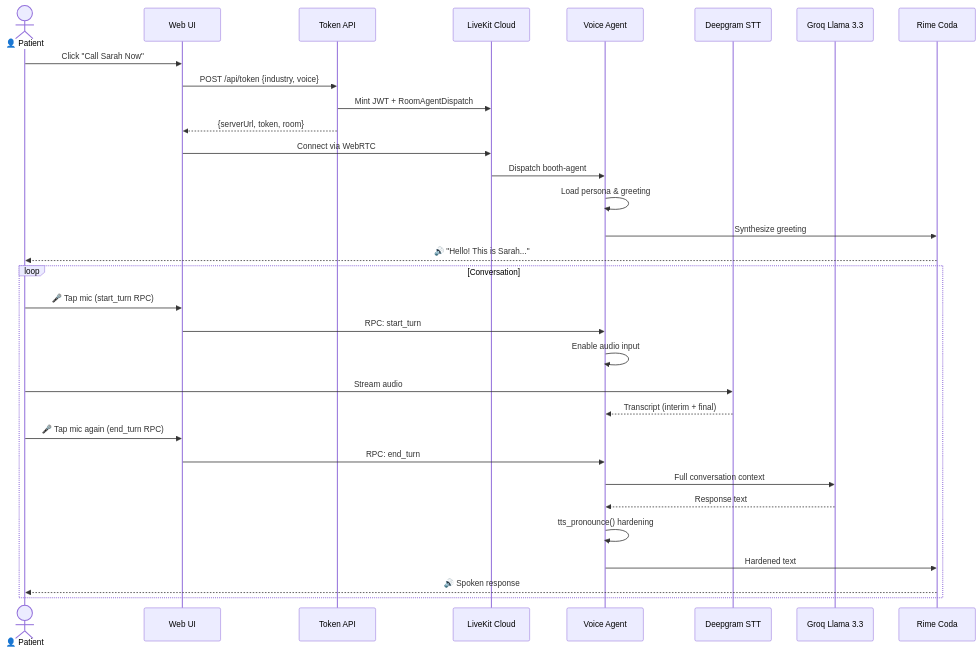
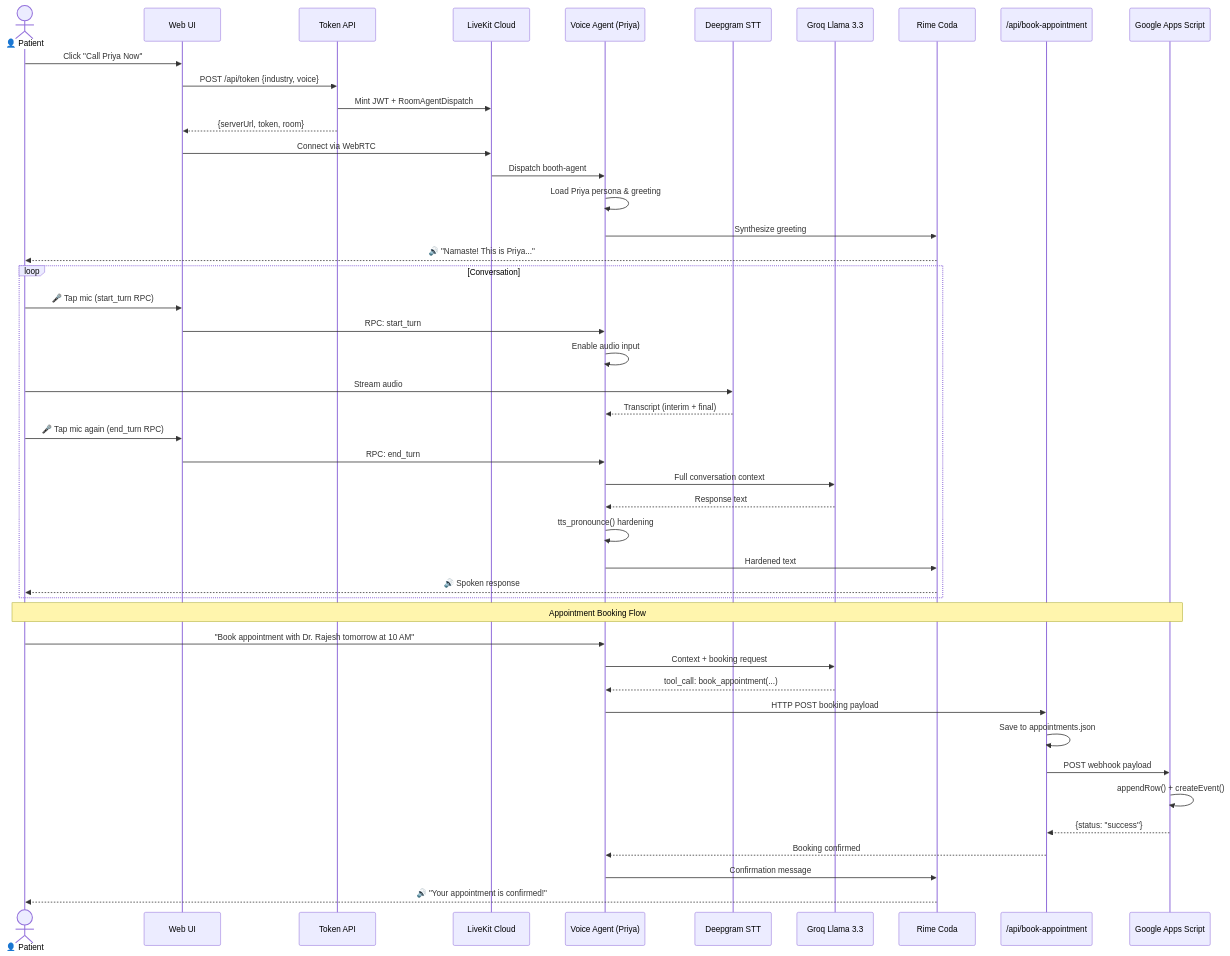
Before and after one commit to MaanasVerma25/Booking-voice: the third of 7 diagrams in README.md, drawn with Mermaid. The commit also changed other lines of this file, not shown here.

Commit message:
docs: complete README rewrite with Priya persona, Google Sheets/Calendar integration diagrams, and 7 Mermaid SVG flowcharts

````diff
--- a/README.md
+++ b/README.md
@@ -108,36 +199,51 @@
 ```mermaid
 sequenceDiagram
     actor Patient as 👤 Patient
     participant UI as Web UI
     participant API as Token API
     participant LK as LiveKit Cloud
-    participant Agent as Voice Agent
+    participant Agent as Voice Agent (Priya)
     participant STT as Deepgram STT
     participant LLM as Groq Llama 3.3
     participant TTS as Rime Coda
+    participant Book as /api/book-appointment
+    participant Google as Google Apps Script
 
-    Patient->>UI: Click "Call Sarah Now"
+    Patient->>UI: Click "Call Priya Now"
     UI->>API: POST /api/token {industry, voice}
     API->>LK: Mint JWT + RoomAgentDispatch
     API-->>UI: {serverUrl, token, room}
     UI->>LK: Connect via WebRTC
     LK->>Agent: Dispatch booth-agent
-    Agent->>Agent: Load persona & greeting
+    Agent->>Agent: Load Priya persona & greeting
     Agent->>TTS: Synthesize greeting
-    TTS-->>Patient: 🔊 "Hello! This is Sarah..."
+    TTS-->>Patient: 🔊 "Namaste! This is Priya..."
 
     loop Conversation
         Patient->>UI: 🎤 Tap mic (start_turn RPC)
         UI->>Agent: RPC: start_turn
         Agent->>Agent: Enable audio input
         Patient->>STT: Stream audio
         STT-->>Agent: Transcript (interim + final)
         Patient->>UI: 🎤 Tap mic again (end_turn RPC)
         UI->>Agent: RPC: end_turn
         Agent->>LLM: Full conversation context
         LLM-->>Agent: Response text
         Agent->>Agent: tts_pronounce() hardening
         Agent->>TTS: Hardened text
         TTS-->>Patient: 🔊 Spoken response
     end
+
+    Note over Patient, Google: Appointment Booking Flow
+    Patient->>Agent: "Book appointment with Dr. Rajesh tomorrow at 10 AM"
+    Agent->>LLM: Context + booking request
+    LLM-->>Agent: tool_call: book_appointment(...)
+    Agent->>Book: HTTP POST booking payload
+    Book->>Book: Save to appointments.json
+    Book->>Google: POST webhook payload
+    Google->>Google: appendRow() + createEvent()
+    Google-->>Book: {status: "success"}
+    Book-->>Agent: Booking confirmed
+    Agent->>TTS: Confirmation message
+    TTS-->>Patient: 🔊 "Your appointment is confirmed!"
 ```
````
